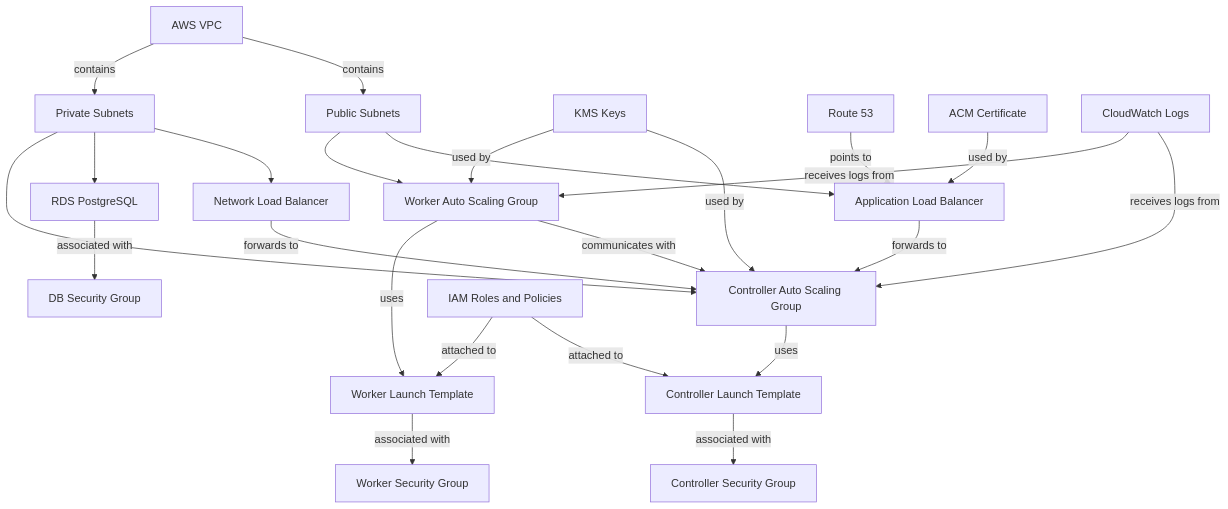
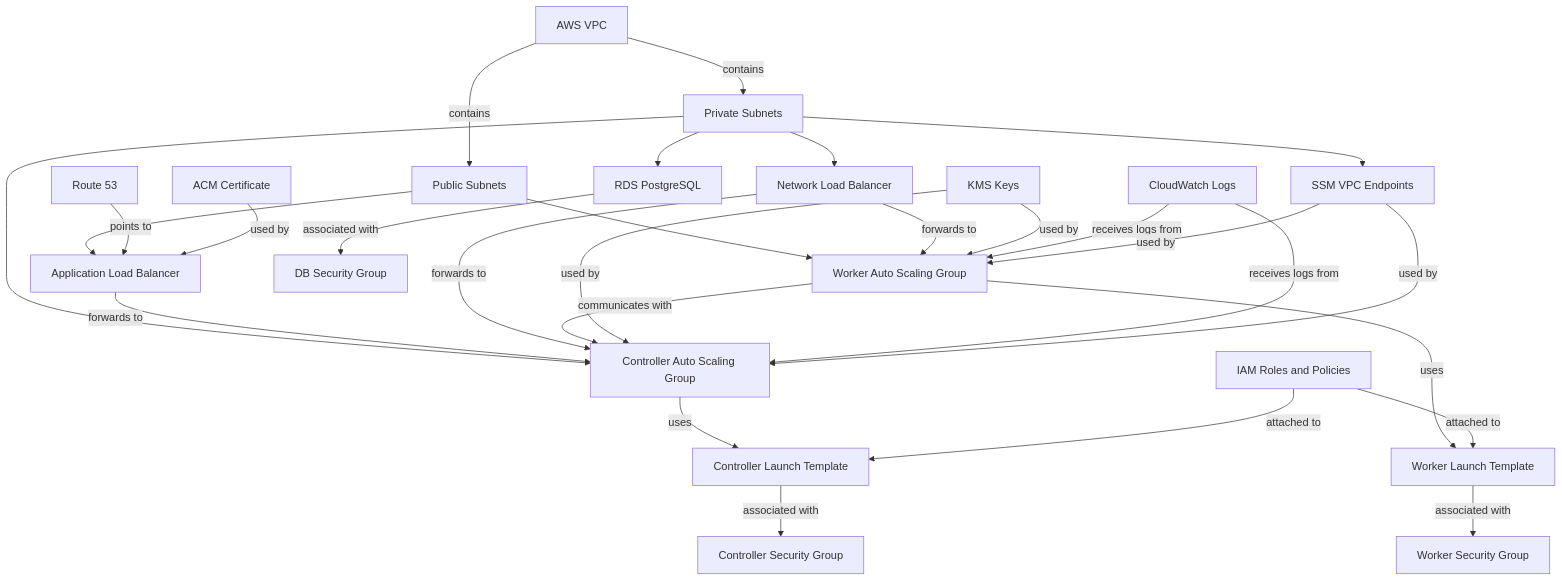
One commit to dc-tec/terraform-aws-boundary-deployment changed the diagram in docs/high-level-architecture.md. Above: the diagram before and after it, drawn with Mermaid. The commit also changed 1 other file, not shown here.

Commit message:
update diagrams

````diff
--- a/docs/high-level-architecture.md
+++ b/docs/high-level-architecture.md
@@ -5,36 +5,41 @@
 ```mermaid
 graph TD
     VPC[AWS VPC] --> |contains| PublicSubnets[Public Subnets]
     VPC --> |contains| PrivateSubnets[Private Subnets]
 
     PublicSubnets --> ALB[Application Load Balancer]
     PublicSubnets --> WorkerASG[Worker Auto Scaling Group]
     PrivateSubnets --> NLB[Network Load Balancer]
     PrivateSubnets --> RDS[RDS PostgreSQL]
     PrivateSubnets --> ControllerASG[Controller Auto Scaling Group]
+    PrivateSubnets --> SSMEndpoints[SSM VPC Endpoints]
 
     ALB --> |forwards to| ControllerASG
     NLB --> |forwards to| ControllerASG
+    NLB --> |forwards to| WorkerASG
     WorkerASG --> |communicates with| ControllerASG
 
     ControllerASG --> |uses| ControllerLT[Controller Launch Template]
     WorkerASG --> |uses| WorkerLT[Worker Launch Template]
 
     ControllerLT --> |associated with| ControllerSG[Controller Security Group]
     WorkerLT --> |associated with| WorkerSG[Worker Security Group]
 
     RDS --> |associated with| DBSG[DB Security Group]
 
     KMS[KMS Keys] --> |used by| ControllerASG
     KMS --> |used by| WorkerASG
 
     Route53[Route 53] --> |points to| ALB
 
     ACM[ACM Certificate] --> |used by| ALB
 
     IAM[IAM Roles and Policies] --> |attached to| ControllerLT
     IAM --> |attached to| WorkerLT
 
     CloudWatchLogs[CloudWatch Logs] --> |receives logs from| ControllerASG
     CloudWatchLogs --> |receives logs from| WorkerASG
+
+    SSMEndpoints --> |used by| ControllerASG
+    SSMEndpoints --> |used by| WorkerASG
 ```
````
